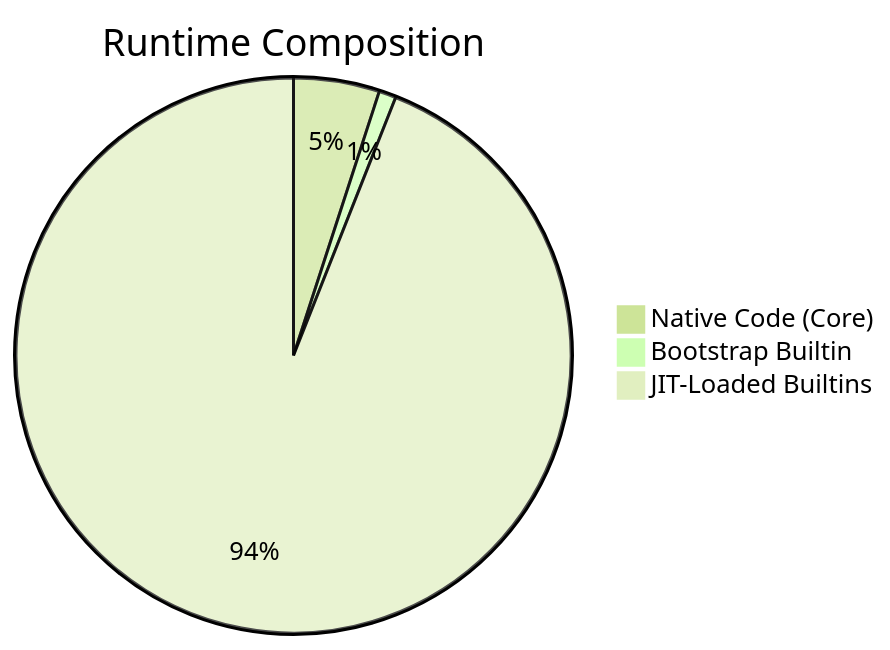
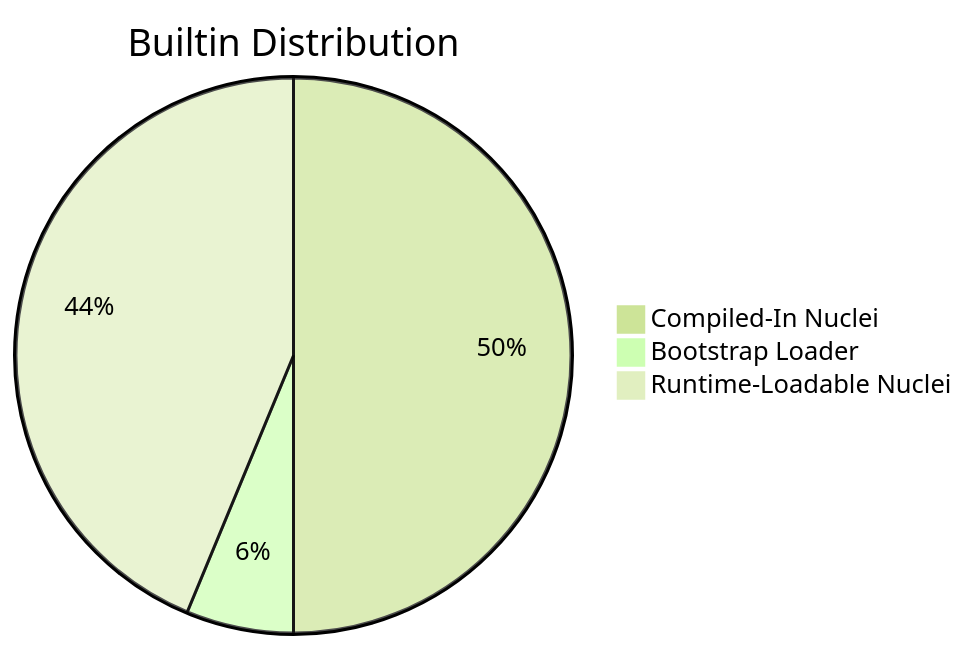
Before and after one commit to bosley/akx: the ninth of 13 diagrams in ARCHITECTURE.md, drawn with Mermaid (forest theme). The commit also changed other lines of this file and 47 other files, not shown here.

````diff
--- a/ARCHITECTURE.md
+++ b/ARCHITECTURE.md
@@ -175,6 +313,6 @@
 ```mermaid
-pie title Runtime Composition
-    "Native Code (Core)" : 5
-    "Bootstrap Builtin" : 1
-    "JIT-Loaded Builtins" : 94
+pie title Builtin Distribution
+    "Compiled-In Nuclei" : 8
+    "Bootstrap Loader" : 1
+    "Runtime-Loadable Nuclei" : 7
 ```
````
